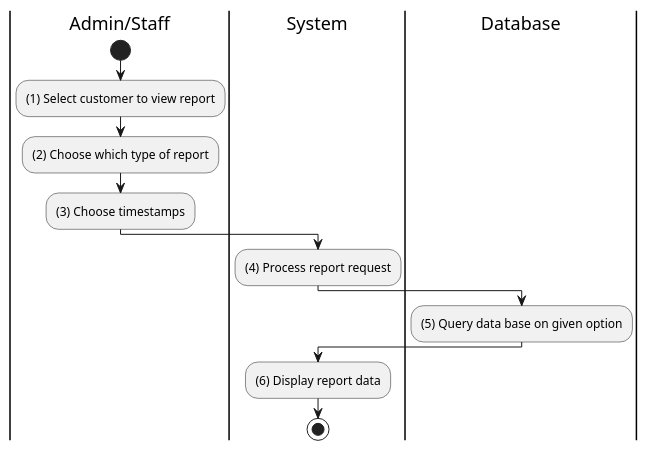
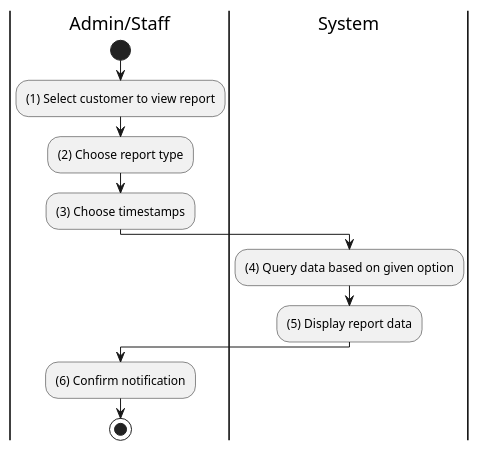
One commit to electricilies/electricilies.github.io changed the diagram in docs/software-docs/activity/manage-user/view-customer-report.md. Above: the diagram before and after it, drawn with PlantUML. The commit also changed 47 other files, not shown here.

````diff
--- a/docs/software-docs/activity/manage-user/view-customer-report.md
+++ b/docs/software-docs/activity/manage-user/view-customer-report.md
@@ -3,21 +3,18 @@
 ```plantuml
 @startuml
 |AS|Admin/Staff
 |S|System
-|D|Database
 
 |AS|
 start
 :(1) Select customer to view report;
-:(2) Choose which type of report;
+:(2) Choose report type;
 :(3) Choose timestamps;
 |S|
-:(4) Process report request;
-|D|
-:(5) Query data base on given option;
-|S|
-:(6) Display report data;
+:(4) Query data based on given option;
+:(5) Display report data;
+|AS|
+:(6) Confirm notification;
 stop
-
 @enduml
 ```
````
